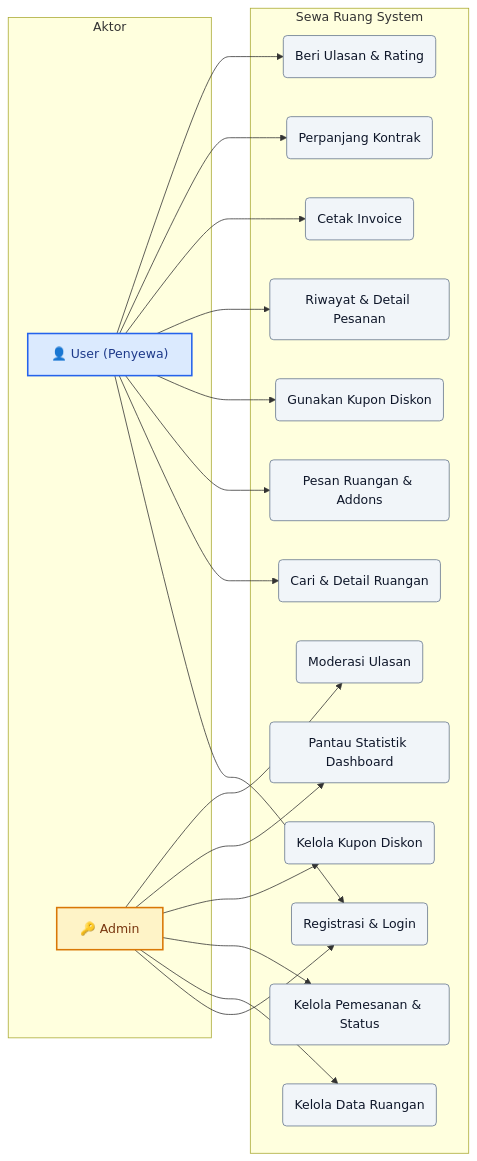
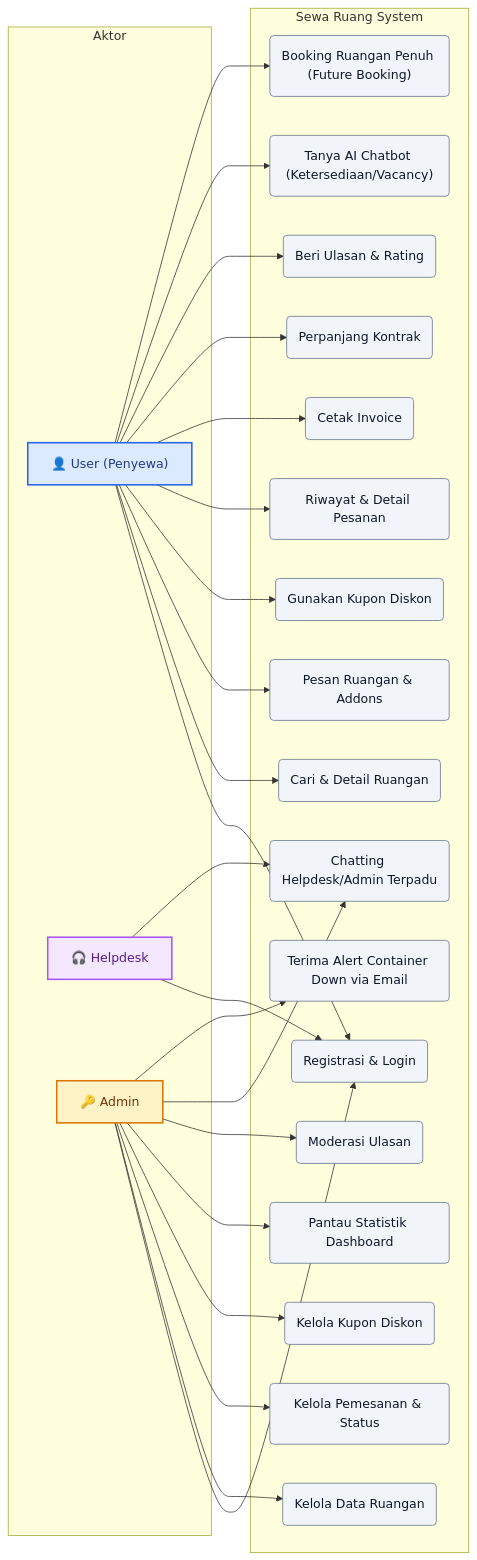
Before and after one commit to Fdlnahmd/w46space: the first of 4 diagrams in README.md, drawn with Mermaid. The commit also changed other lines of this file and 11 other files, not shown here.

Commit message:
feat: implement future booking, Groq AI chatbot update, Grafana container down alerts, and docs update

````diff
--- a/README.md
+++ b/README.md
@@ -182,47 +186,60 @@
 ```mermaid
 graph LR
     subgraph Aktor
         U["👤 User (Penyewa)"]
+        H["🎧 Helpdesk"]
         A["🔑 Admin"]
     end
 
     subgraph "Sewa Ruang System"
         UC1("Registrasi & Login")
         UC2("Cari & Detail Ruangan")
         UC3("Pesan Ruangan & Addons")
         UC4("Gunakan Kupon Diskon")
         UC5("Riwayat & Detail Pesanan")
         UC6("Cetak Invoice")
         UC7("Perpanjang Kontrak")
         UC8("Beri Ulasan & Rating")
+        UC14("Tanya AI Chatbot (Ketersediaan/Vacancy)")
+        UC15("Booking Ruangan Penuh (Future Booking)")
         
         UC9("Kelola Data Ruangan")
         UC10("Kelola Pemesanan & Status")
         UC11("Kelola Kupon Diskon")
         UC12("Pantau Statistik Dashboard")
         UC13("Moderasi Ulasan")
+        UC16("Chatting Helpdesk/Admin Terpadu")
+        UC17("Terima Alert Container Down via Email")
     end
 
     U --> UC1
     U --> UC2
     U --> UC3
     U --> UC4
     U --> UC5
     U --> UC6
     U --> UC7
     U --> UC8
+    U --> UC14
+    U --> UC15
+
+    H --> UC1
+    H --> UC16
 
     A --> UC1
     A --> UC9
     A --> UC10
     A --> UC11
     A --> UC12
     A --> UC13
+    A --> UC16
+    A --> UC17
 
     %% Styling
     style U fill:#dbeafe,stroke:#2563eb,stroke-width:2px,color:#1e3a8a
+    style H fill:#f3e8ff,stroke:#a855f7,stroke-width:2px,color:#581c87
     style A fill:#fef3c7,stroke:#d97706,stroke-width:2px,color:#78350f
     
     classDef usecase fill:#f1f5f9,stroke:#64748b,stroke-width:1px,color:#0f172a
-    class UC1,UC2,UC3,UC4,UC5,UC6,UC7,UC8,UC9,UC10,UC11,UC12,UC13 usecase
+    class UC1,UC2,UC3,UC4,UC5,UC6,UC7,UC8,UC9,UC10,UC11,UC12,UC13,UC14,UC15,UC16,UC17 usecase
 ```
````
